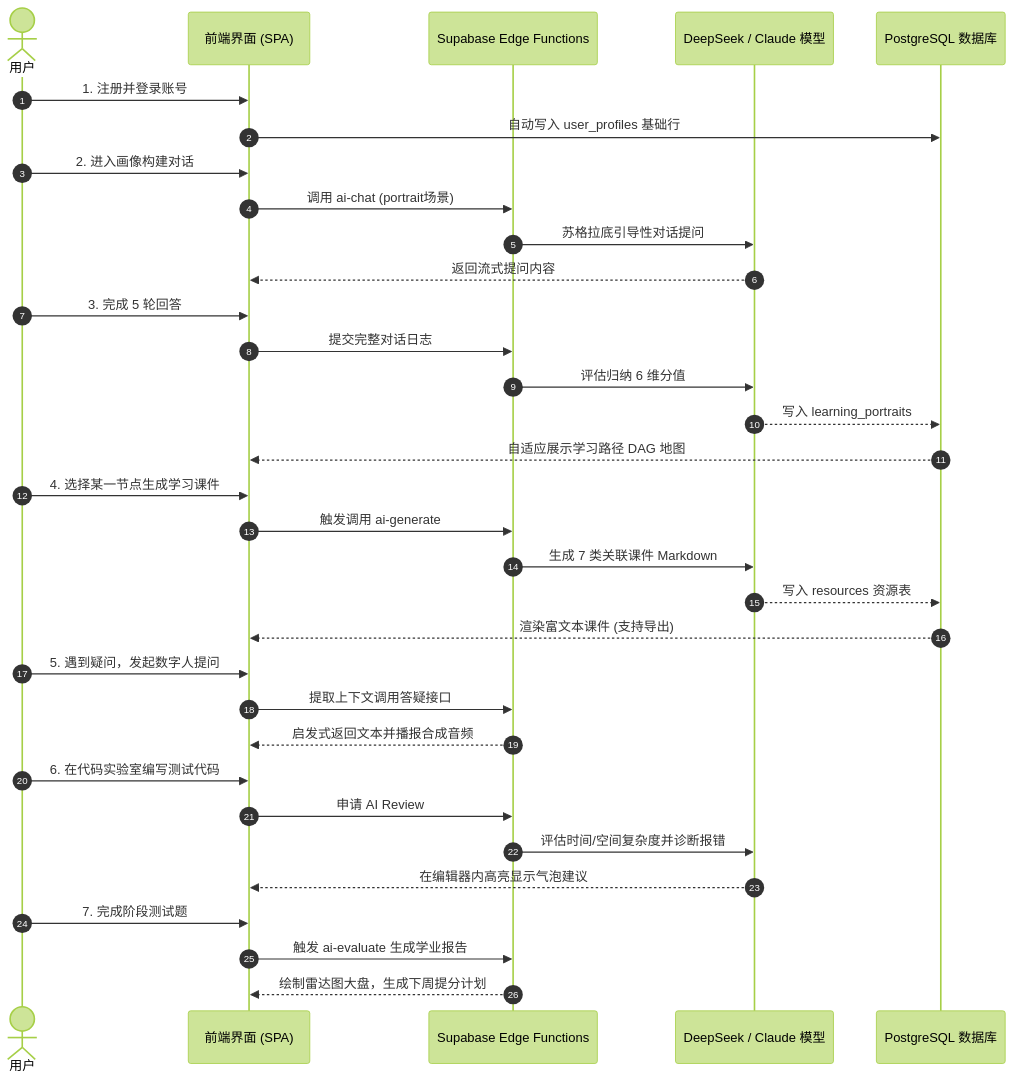
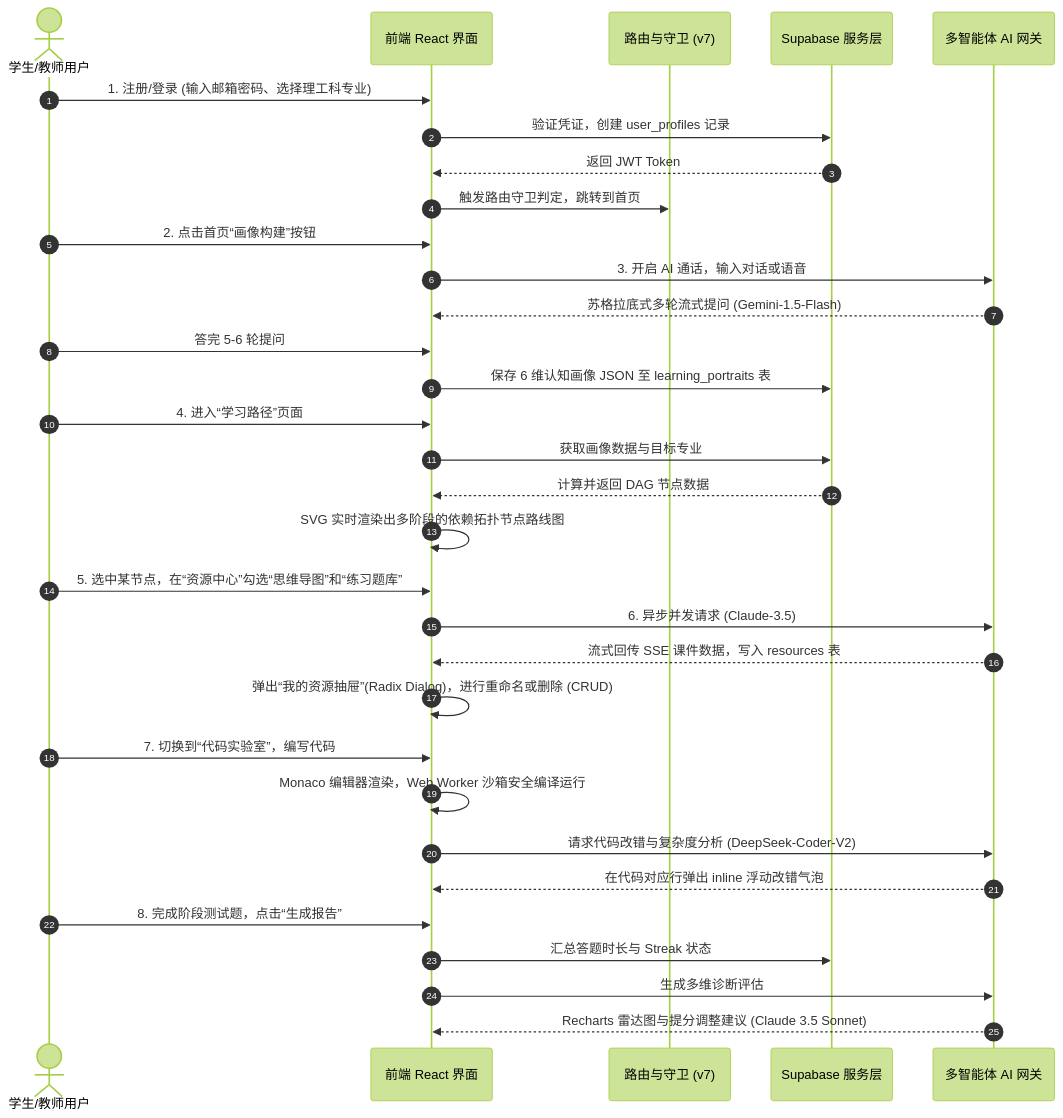
Before and after one commit to wyxpro/Kowell-AI: the diagram in docs/cool.md, drawn with Mermaid (forest theme). The commit also changed other lines of this file and 21 other files, not shown here.

````diff
--- a/docs/cool.md
+++ b/docs/cool.md
@@ -163,36 +56,40 @@
 ```mermaid
 sequenceDiagram
     autonumber
-    actor U as 用户
-    participant P as 前端界面 (SPA)
-    participant E as Supabase Edge Functions
-    participant DS as DeepSeek / Claude 模型
-    participant D as PostgreSQL 数据库
-
-    U->>P: 1. 注册并登录账号
-    P->>D: 自动写入 user_profiles 基础行
-    U->>P: 2. 进入画像构建对话
-    P->>E: 调用 ai-chat (portrait场景)
-    E->>DS: 苏格拉底引导性对话提问
-    DS-->>P: 返回流式提问内容
-    U->>P: 3. 完成 5 轮回答
-    P->>E: 提交完整对话日志
-    E->>DS: 评估归纳 6 维分值
-    DS-->>D: 写入 learning_portraits
-    D-->>P: 自适应展示学习路径 DAG 地图
-    U->>P: 4. 选择某一节点生成学习课件
-    P->>E: 触发调用 ai-generate
-    E->>DS: 生成 7 类关联课件 Markdown
-    DS-->>D: 写入 resources 资源表
-    D-->>P: 渲染富文本课件 (支持导出)
-    U->>P: 5. 遇到疑问，发起数字人提问
-    P->>E: 提取上下文调用答疑接口
-    E-->>P: 启发式返回文本并播报合成音频
-    U->>P: 6. 在代码实验室编写测试代码
-    P->>E: 申请 AI Review 
-    E->>DS: 评估时间/空间复杂度并诊断报错
-    DS-->>P: 在编辑器内高亮显示气泡建议
-    U->>P: 7. 完成阶段测试题
-    P->>E: 触发 ai-evaluate 生成学业报告
-    E-->>P: 绘制雷达图大盘，生成下周提分计划
+    actor User as 学生/教师用户
+    participant UI as 前端 React 界面
+    participant Router as 路由与守卫 (v7)
+    participant BaaS as Supabase 服务层
+    participant Agent as 多智能体 AI 网关
+    
+    User->>UI: 1. 注册/登录 (输入邮箱密码、选择理工科专业)
+    UI->>BaaS: 验证凭证，创建 user_profiles 记录
+    BaaS-->>UI: 返回 JWT Token
+    UI->>Router: 触发路由守卫判定，跳转到首页
+    
+    User->>UI: 2. 点击首页“画像构建”按钮
+    UI->>Agent: 3. 开启 AI 通话，输入对话或语音
+    Agent-->>UI: 苏格拉底式多轮流式提问 (Gemini-1.5-Flash)
+    User->>UI: 答完 5-6 轮提问
+    UI->>BaaS: 保存 6 维认知画像 JSON 至 learning_portraits 表
+    
+    User->>UI: 4. 进入“学习路径”页面
+    UI->>BaaS: 获取画像数据与目标专业
+    BaaS-->>UI: 计算并返回 DAG 节点数据
+    UI->>UI: SVG 实时渲染出多阶段的依赖拓扑节点路线图
+    
+    User->>UI: 5. 选中某节点，在“资源中心”勾选“思维导图”和“练习题库”
+    UI->>Agent: 6. 异步并发请求 (Claude-3.5)
+    Agent-->>UI: 流式回传 SSE 课件数据，写入 resources 表
+    UI->>UI: 弹出“我的资源抽屉”(Radix Dialog)，进行重命名或删除 (CRUD)
+    
+    User->>UI: 7. 切换到“代码实验室”，编写代码
+    UI->>UI: Monaco 编辑器渲染，Web Worker 沙箱安全编译运行
+    UI->>Agent: 请求代码改错与复杂度分析 (DeepSeek-Coder-V2)
+    Agent-->>UI: 在代码对应行弹出 inline 浮动改错气泡
+    
+    User->>UI: 8. 完成阶段测试题，点击“生成报告”
+    UI->>BaaS: 汇总答题时长与 Streak 状态
+    UI->>Agent: 生成多维诊断评估
+    Agent-->>UI: Recharts 雷达图与提分调整建议 (Claude 3.5 Sonnet)
 ```
````
